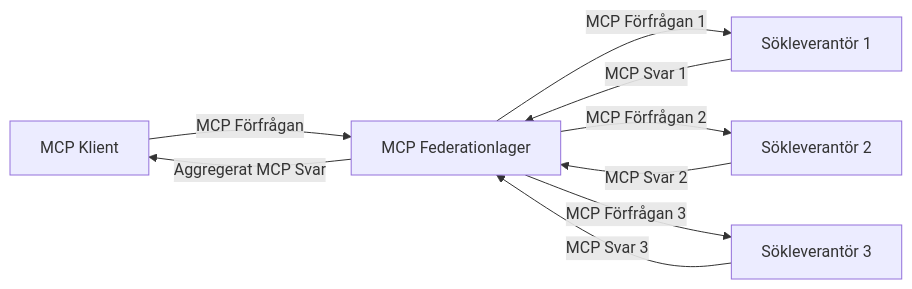
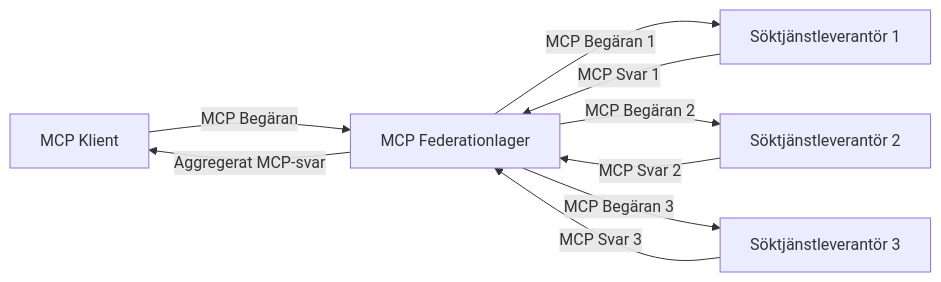
One commit to microsoft/mcp-for-beginners changed the third of 4 diagrams in translations/sv/05-AdvancedTopics/mcp-realtimesearch/README.md. Above: the diagram before and after it, drawn with Mermaid. The commit also changed other lines of this file and 148 other files, not shown here.

````diff
--- a/translations/sv/05-AdvancedTopics/mcp-realtimesearch/README.md
+++ b/translations/sv/05-AdvancedTopics/mcp-realtimesearch/README.md
@@ -610,11 +612,11 @@
 ```mermaid
 graph LR
-    Client[MCP Klient] --> |MCP Förfrågan| Federation[MCP Federationlager]
-    Federation --> |MCP Förfrågan 1| Search1[Sökleverantör 1]
-    Federation --> |MCP Förfrågan 2| Search2[Sökleverantör 2]
-    Federation --> |MCP Förfrågan 3| Search3[Sökleverantör 3]
+    Client[MCP Klient] --> |MCP Begäran| Federation[MCP Federationlager]
+    Federation --> |MCP Begäran 1| Search1[Söktjänstleverantör 1]
+    Federation --> |MCP Begäran 2| Search2[Söktjänstleverantör 2]
+    Federation --> |MCP Begäran 3| Search3[Söktjänstleverantör 3]
     Search1 --> |MCP Svar 1| Federation
     Search2 --> |MCP Svar 2| Federation
     Search3 --> |MCP Svar 3| Federation
-    Federation --> |Aggregerat MCP Svar| Client
+    Federation --> |Aggregerat MCP-svar| Client
 ```
````
